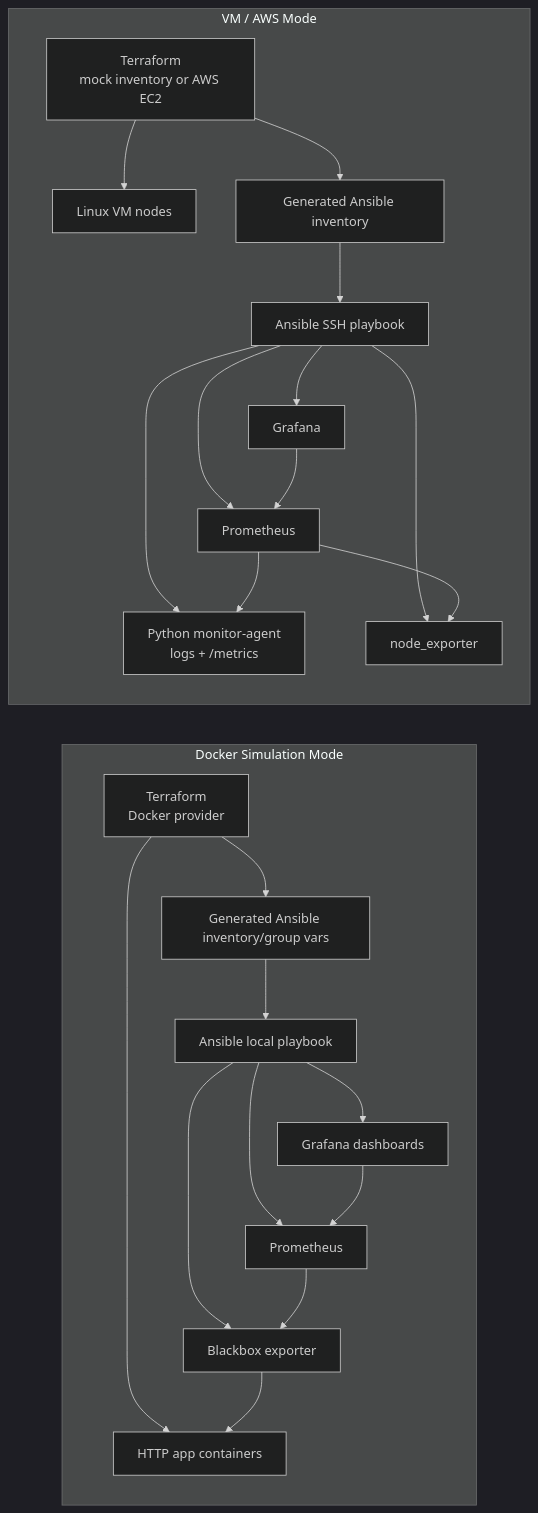
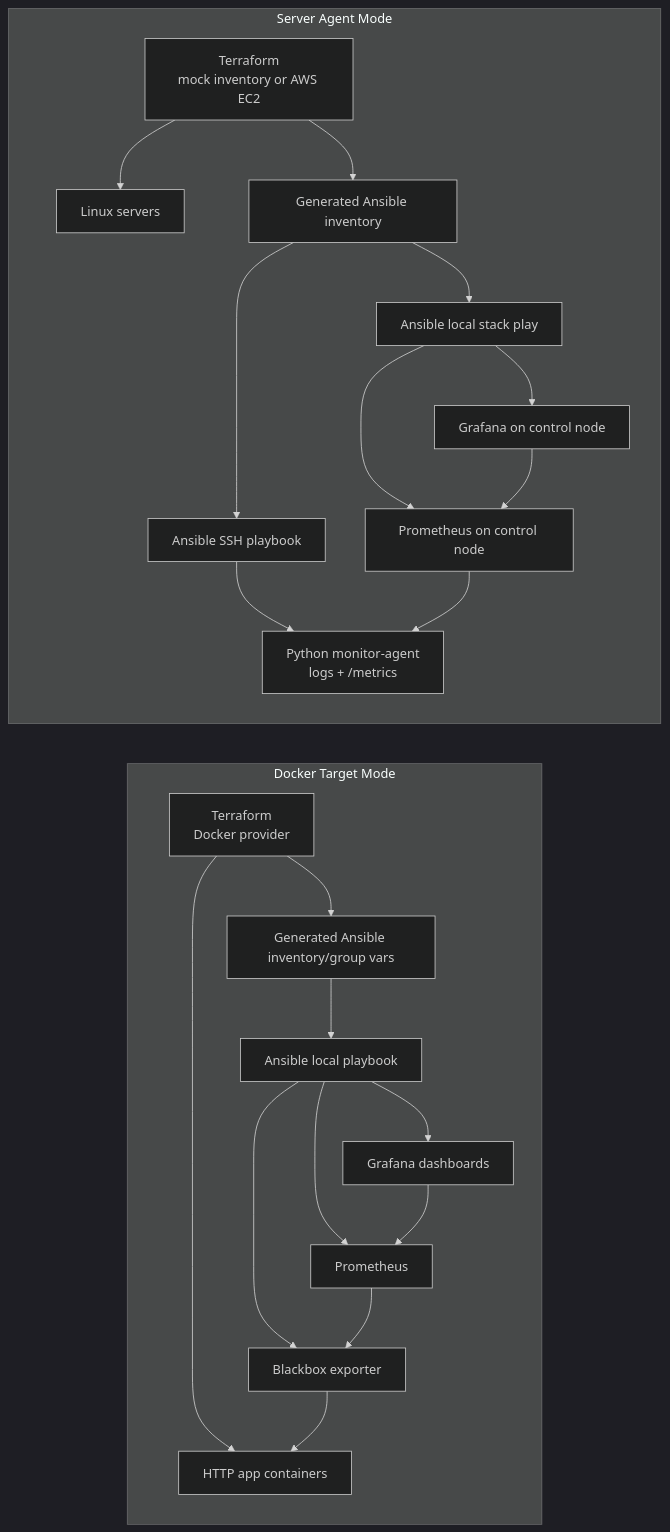
One commit to Bikerbyte/iac-monitoring-system changed the diagram in README.md. Above: the diagram before and after it, drawn with Mermaid (dark theme). The commit also changed other lines of this file and 28 other files, not shown here.

````diff
--- a/README.md
+++ b/README.md
@@ -24,27 +29,26 @@
 ```mermaid
 flowchart LR
-  subgraph Docker_Lab["Docker Simulation Mode"]
+  subgraph Docker_Mode["Docker Target Mode"]
     TFD["Terraform\nDocker provider"] --> APP["HTTP app containers"]
     TFD --> INV["Generated Ansible inventory/group vars"]
     INV --> ANSD["Ansible local playbook"]
     ANSD --> BB["Blackbox exporter"]
     ANSD --> PROMD["Prometheus"]
     ANSD --> GRAFD["Grafana dashboards"]
     PROMD --> BB
     BB --> APP
     GRAFD --> PROMD
   end
 
-  subgraph VM_Lab["VM / AWS Mode"]
-    TFV["Terraform\nmock inventory or AWS EC2"] --> VM["Linux VM nodes"]
+  subgraph Server_Agent_Mode["Server Agent Mode"]
+    TFV["Terraform\nmock inventory or AWS EC2"] --> server["Linux servers"]
     TFV --> INVV["Generated Ansible inventory"]
     INVV --> ANSV["Ansible SSH playbook"]
     ANSV --> AGENT["Python monitor-agent\nlogs + /metrics"]
-    ANSV --> NODE["node_exporter"]
-    ANSV --> PROMV["Prometheus"]
-    ANSV --> GRAFV["Grafana"]
-    PROMV --> NODE
+    INVV --> STACK["Ansible local stack play"]
+    STACK --> PROMV["Prometheus on control node"]
+    STACK --> GRAFV["Grafana on control node"]
     PROMV --> AGENT
     GRAFV --> PROMV
   end
 ```
````
